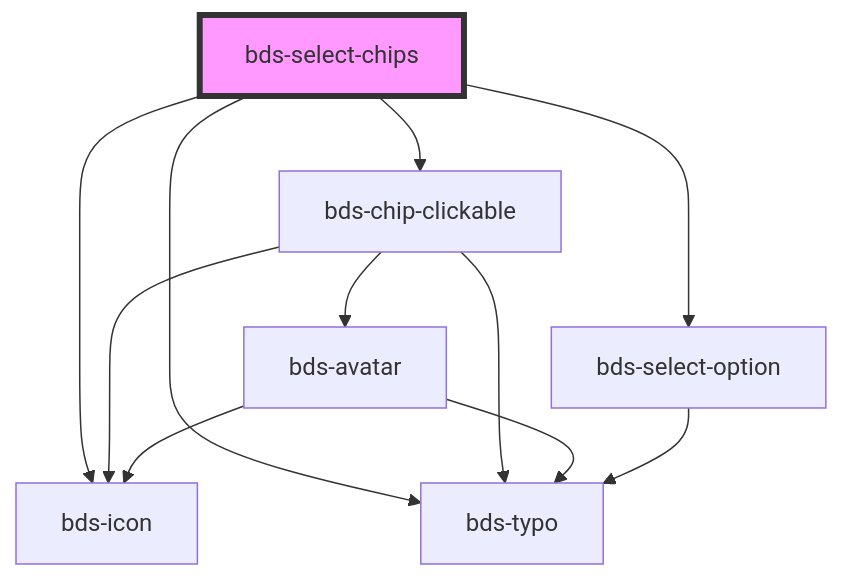
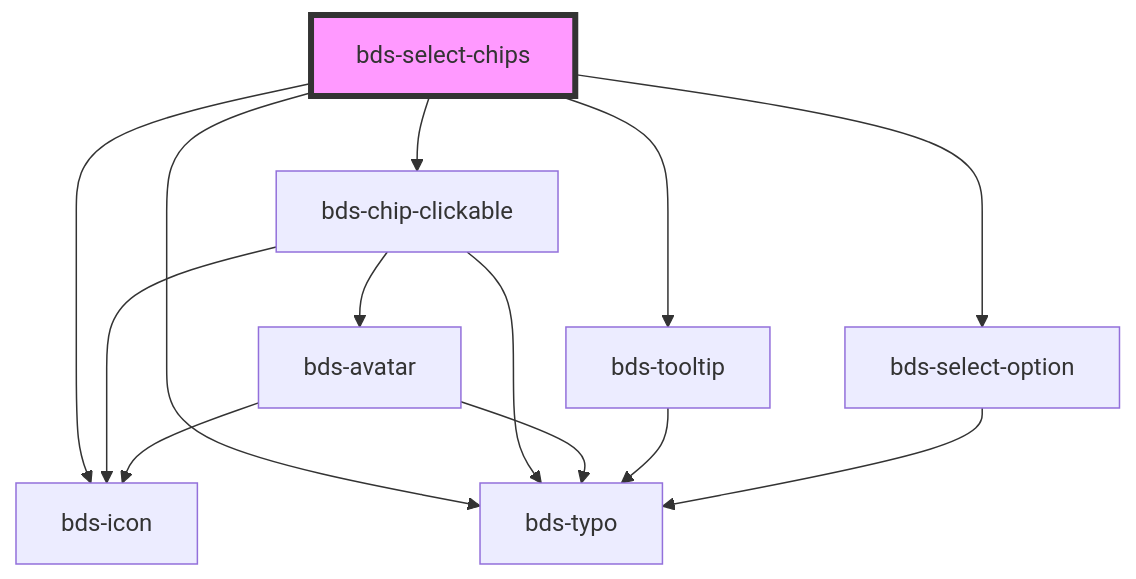
Before and after one commit to takenet/blip-ds: the diagram in src/components/selects/select-chips/readme.md, drawn with Mermaid. The commit also changed other lines of this file and 7 other files, not shown here.

Commit message:
fix(chips): limit texto chip im input-chips and select chips

````diff
--- a/src/components/selects/select-chips/readme.md
+++ b/src/components/selects/select-chips/readme.md
@@ -127,14 +128,16 @@
 ```mermaid
 graph TD;
   bds-select-chips --> bds-chip-clickable
+  bds-select-chips --> bds-tooltip
   bds-select-chips --> bds-icon
   bds-select-chips --> bds-typo
   bds-select-chips --> bds-select-option
   bds-chip-clickable --> bds-icon
   bds-chip-clickable --> bds-avatar
   bds-chip-clickable --> bds-typo
   bds-avatar --> bds-typo
   bds-avatar --> bds-icon
+  bds-tooltip --> bds-typo
   bds-select-option --> bds-typo
   style bds-select-chips fill:#f9f,stroke:#333,stroke-width:4px
 ```
````
